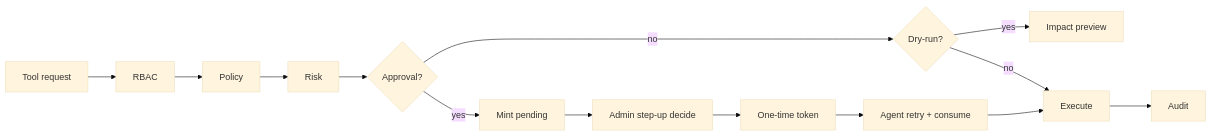
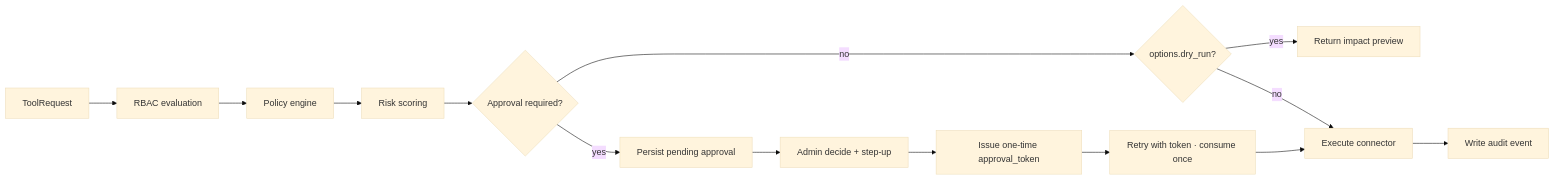
The second of 2 diagrams in README.md (0x696E7175696C696E65/Proxmox-MCP), drawn with Mermaid (base theme) before and after one commit. The commit also changed other lines of this file, not shown here.

````diff
--- a/README.md
+++ b/README.md
@@ -99,16 +100,16 @@
 ```mermaid
 flowchart LR
-  req["Tool request"] --> rbac["RBAC"]
-  rbac --> policy["Policy"]
-  policy --> risk["Risk"]
-  risk --> need{"Approval?"}
-  need -->|yes| queue["Mint pending"]
-  queue --> decide["Admin step-up decide"]
-  decide --> token["One-time token"]
-  token --> retry["Agent retry + consume"]
-  need -->|no| dry{"Dry-run?"}
-  dry -->|yes| preview["Impact preview"]
-  dry -->|no| run["Execute"]
+  req["ToolRequest"] --> rbac["RBAC evaluation"]
+  rbac --> policy["Policy engine"]
+  policy --> risk["Risk scoring"]
+  risk --> need{"Approval required?"}
+  need -->|yes| queue["Persist pending approval"]
+  queue --> decide["Admin decide + step-up"]
+  decide --> token["Issue one-time approval_token"]
+  token --> retry["Retry with token · consume once"]
+  need -->|no| dry{"options.dry_run?"}
+  dry -->|yes| preview["Return impact preview"]
+  dry -->|no| run["Execute connector"]
   retry --> run
-  run --> audit["Audit"]
+  run --> audit["Write audit event"]
 ```
````
